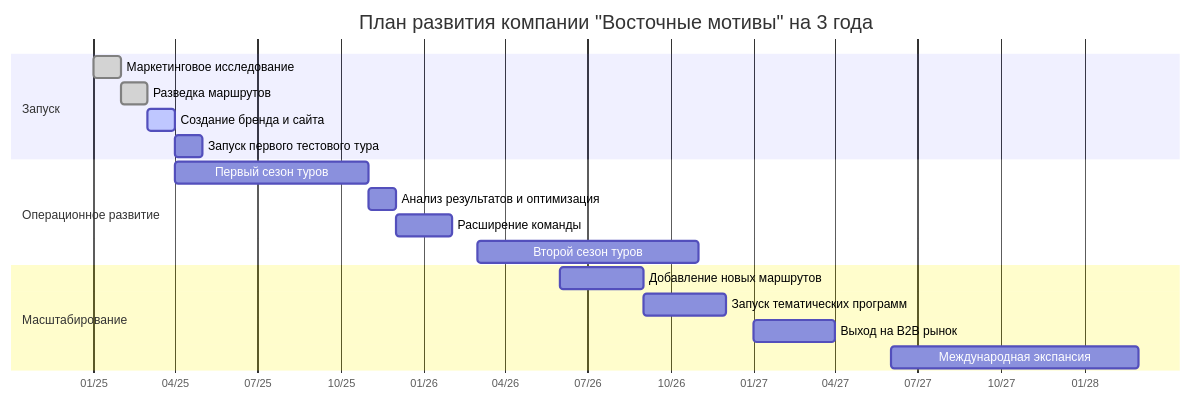
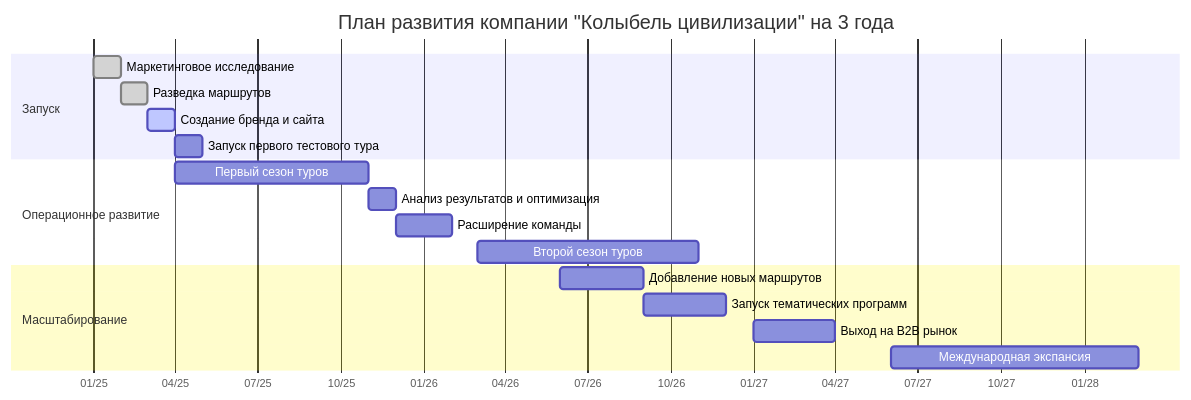
One commit to aozhuravlev/--TOURS-- changed the first of 3 diagrams in Business Plan RU/8. Дорожная карта реализации бизнес-плана.md. Above: the diagram before and after it, drawn with Mermaid. The commit also changed 11 other files, not shown here.

````diff
--- a/Business Plan RU/8. Дорожная карта реализации бизнес-плана.md
+++ b/Business Plan RU/8. Дорожная карта реализации бизнес-плана.md
@@ -3,24 +3,24 @@
 ```mermaid
 gantt
-    title План развития компании "Восточные мотивы" на 3 года
+    title План развития компании "Колыбель цивилизации" на 3 года
     dateFormat  YYYY-MM
     axisFormat %m/%y
     
     section Запуск
     Маркетинговое исследование        :done, 2025-01, 2025-02
     Разведка маршрутов                :done, 2025-02, 2025-03
     Создание бренда и сайта           :active, 2025-03, 2025-04
     Запуск первого тестового тура     :2025-04, 1M
     
     section Операционное развитие
     Первый сезон туров                :2025-04, 2025-11
     Анализ результатов и оптимизация  :2025-11, 2025-12
     Расширение команды                :2025-12, 2026-02
     Второй сезон туров                :2026-03, 2026-11
     
     section Масштабирование
     Добавление новых маршрутов        :2026-06, 2026-09
     Запуск тематических программ      :2026-09, 2026-12
     Выход на B2B рынок                :2027-01, 2027-04
     Международная экспансия           :2027-06, 2028-03
 ```
````
